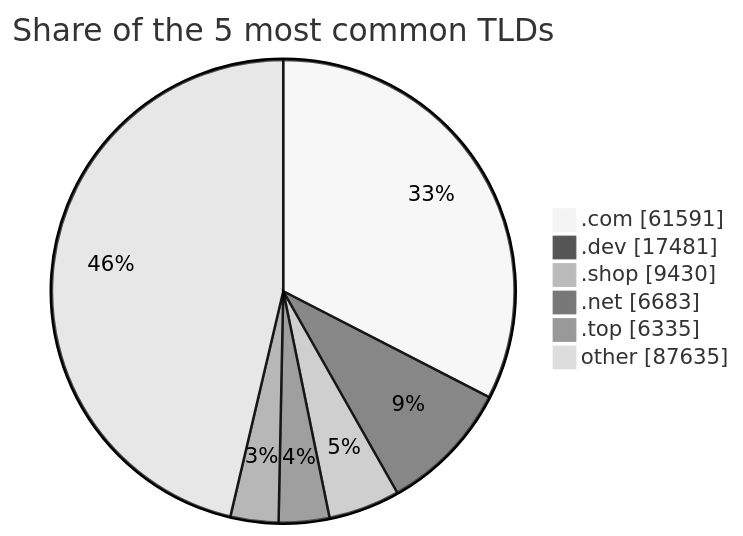
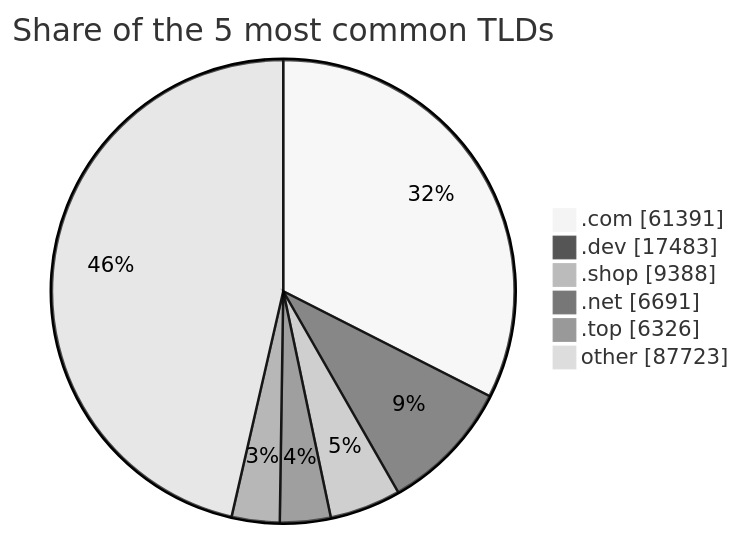
One commit to DNSBunker/CTI changed the third of 3 diagrams in README.md. Above: the diagram before and after it, drawn with Mermaid (neutral theme). The commit also changed other lines of this file and 3 other files, not shown here.

````diff
--- a/README.md
+++ b/README.md
@@ -81,9 +81,9 @@
 ```mermaid
 pie showData title Share of the 5 most common TLDs
-    ".com" : 61591
-    ".dev" : 17481
-    ".shop" : 9430
-    ".net" : 6683
-    ".top" : 6335
-    "other" : 87635
+    ".com" : 61391
+    ".dev" : 17483
+    ".shop" : 9388
+    ".net" : 6691
+    ".top" : 6326
+    "other" : 87723
 ```
````
